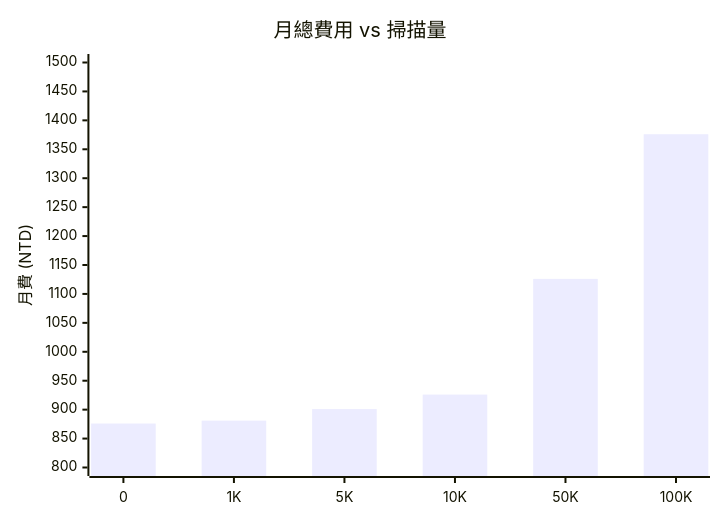
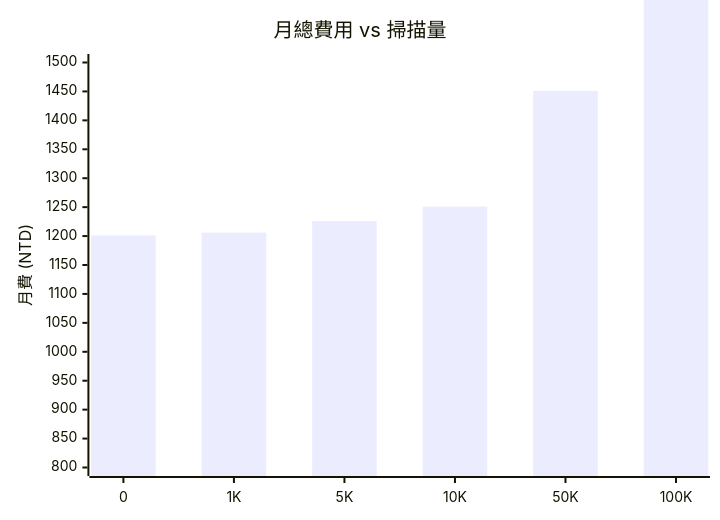
One commit to dylanhsieh/wang-sis-docs changed the diagram in diagrams/COST_1.mmd. Above: the diagram before and after it, drawn with Mermaid. The commit also changed 13 other files, not shown here.

```diff
--- a/diagrams/COST_1.mmd
+++ b/diagrams/COST_1.mmd
@@ -1,5 +1,5 @@
 xychart-beta
     title "月總費用 vs 掃描量"
     x-axis ["0", "1K", "5K", "10K", "50K", "100K"]
     y-axis "月費 (NTD)" 800 --> 1500
-    bar [876, 881, 901, 926, 1126, 1376]
+    bar [1201, 1206, 1226, 1251, 1451, 1701]
```
